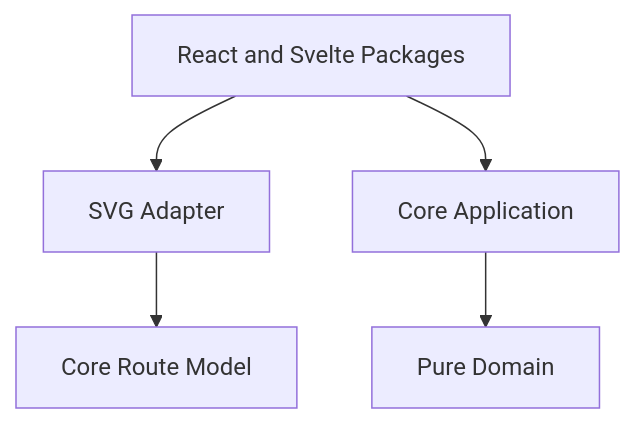
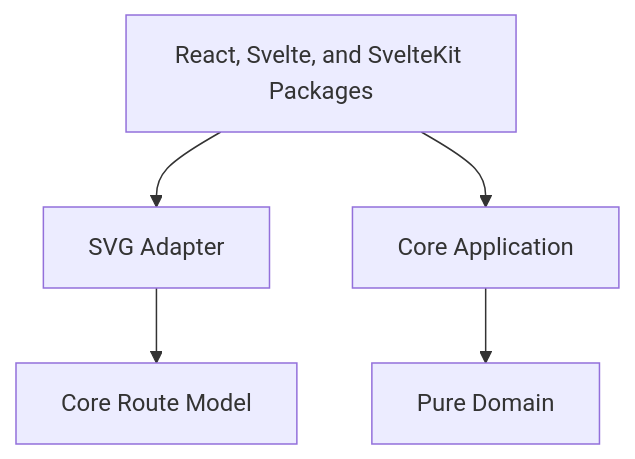
One commit to OneTesseractInMultiverse/vrl changed the second of 2 diagrams in docs/architecture.md. Above: the diagram before and after it, drawn with Mermaid. The commit also changed other lines of this file and 21 other files, not shown here.

````diff
--- a/docs/architecture.md
+++ b/docs/architecture.md
@@ -38,7 +39,7 @@
 ```mermaid
 flowchart TD
-  UI[React and Svelte Packages] --> Renderer[SVG Adapter]
+  UI[React, Svelte, and SvelteKit Packages] --> Renderer[SVG Adapter]
   UI --> Core[Core Application]
   Renderer --> CoreTypes[Core Route Model]
   Core --> Domain[Pure Domain]
 ```
````
